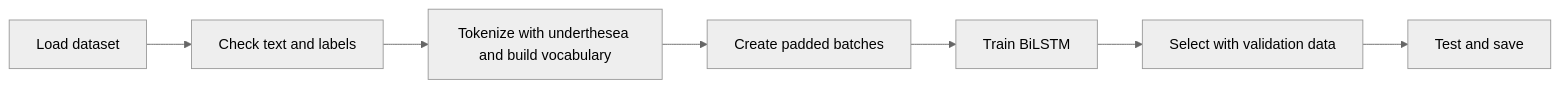
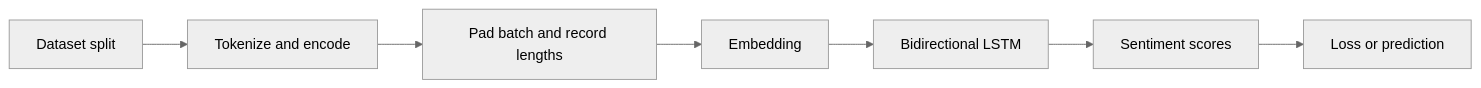
The first of 6 diagrams in WORKFLOW.md (nhatdevzizi/ABSA), drawn with Mermaid (neutral theme) before and after one commit. The commit also changed other lines of this file and 4 other files, not shown here.

````diff
--- a/WORKFLOW.md
+++ b/WORKFLOW.md
@@ -9,9 +19,9 @@
 ```mermaid
 flowchart LR
-    A[Load dataset] --> B[Check text and labels]
-    B --> C[Tokenize with underthesea and build vocabulary]
-    C --> D[Create padded batches]
-    D --> E[Train BiLSTM]
-    E --> F[Select with validation data]
-    F --> G[Test and save]
+    A[Dataset split] --> B[Tokenize and encode]
+    B --> C[Pad batch and record lengths]
+    C --> D[Embedding]
+    D --> E[Bidirectional LSTM]
+    E --> F[Sentiment scores]
+    F --> G[Loss or prediction]
 ```
````
